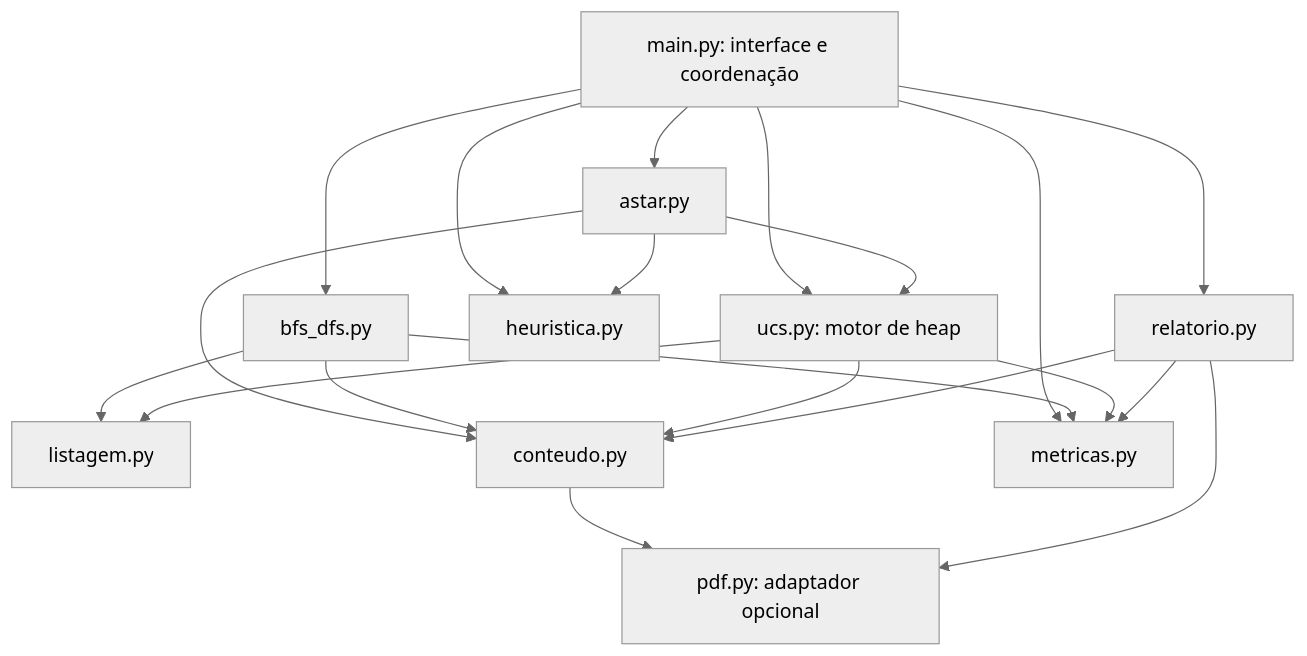
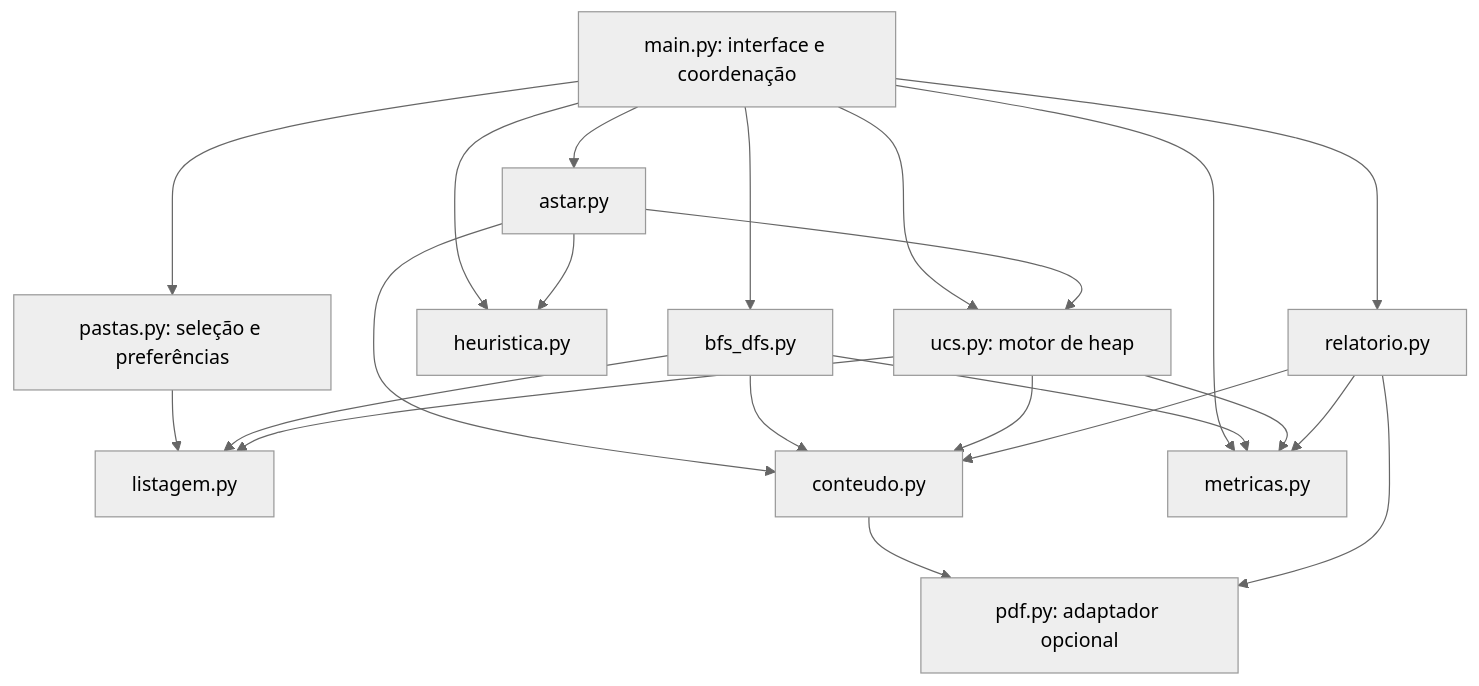
Before and after one commit to samuelcotinguiba/File-Hunter-Agent: the first of 2 diagrams in docs/ARQUITETURA.md, drawn with Mermaid (neutral theme). The commit also changed other lines of this file and 12 other files, not shown here.

````diff
--- a/docs/ARQUITETURA.md
+++ b/docs/ARQUITETURA.md
@@ -70,32 +72,35 @@
 ```mermaid
 flowchart TB
     CLI["main.py: interface e coordenação"]
     BFS["bfs_dfs.py"]
     AST["astar.py"]
     UCS["ucs.py: motor de heap"]
     HEU["heuristica.py"]
     LIS["listagem.py"]
     CON["conteudo.py"]
     PDF["pdf.py: adaptador opcional"]
     MET["metricas.py"]
     REL["relatorio.py"]
+    PAS["pastas.py: seleção e preferências"]
     CLI --> BFS
     CLI --> AST
     CLI --> UCS
     CLI --> HEU
     CLI --> MET
     CLI --> REL
+    CLI --> PAS
+    PAS --> LIS
     AST --> HEU
     AST --> UCS
     AST --> CON
     BFS --> LIS
     BFS --> CON
     BFS --> MET
     UCS --> LIS
     UCS --> CON
     UCS --> MET
     CON --> PDF
     REL --> MET
     REL --> CON
     REL --> PDF
 ```
````
